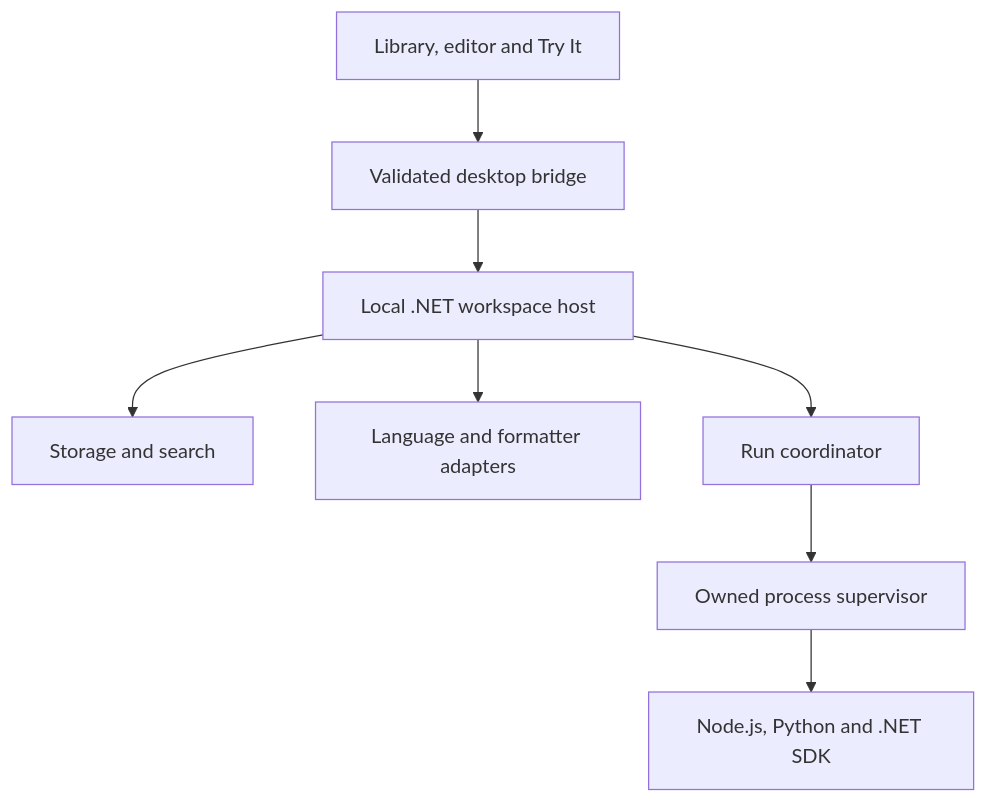
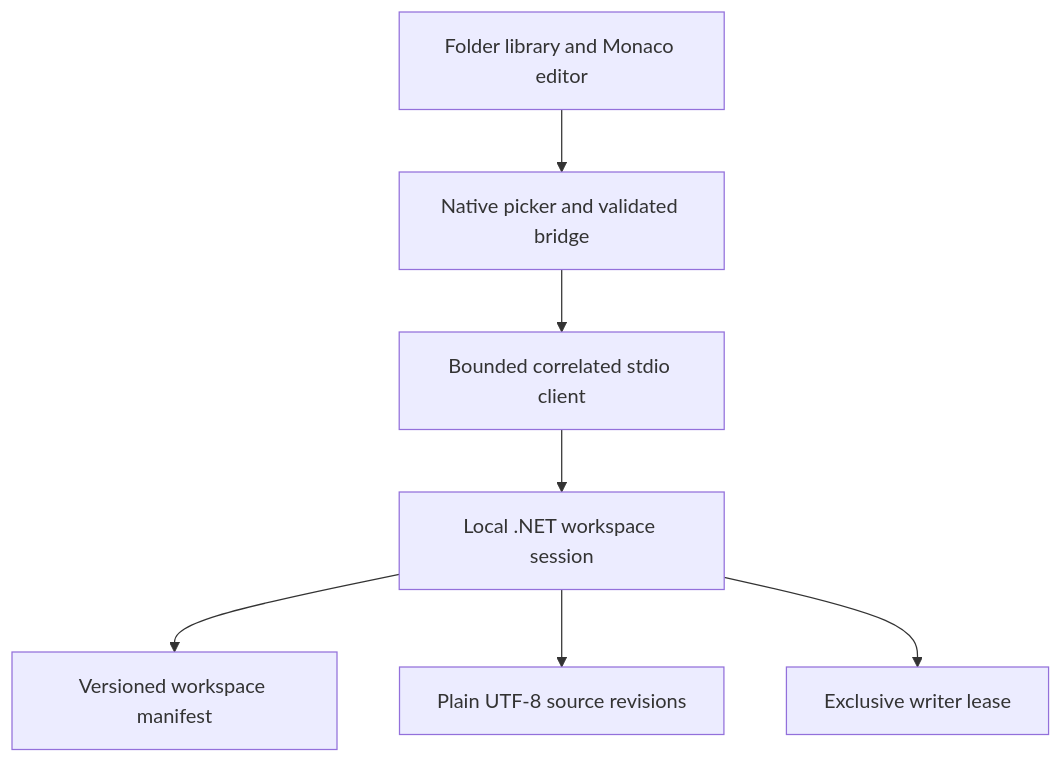
One commit to sunstriker2009/sun-astelvo changed the diagram in docs/architecture/OVERVIEW.md. Above: the diagram before and after it, drawn with Mermaid. The commit also changed other lines of this file and 31 other files, not shown here.

Commit message:
feat(workspace): add local script organizer and persistence

````diff
--- a/docs/architecture/OVERVIEW.md
+++ b/docs/architecture/OVERVIEW.md
@@ -7,10 +7,9 @@
 ```mermaid
 flowchart TD
-  UI["Library, editor and Try It"] --> Bridge["Validated desktop bridge"]
-  Bridge --> Host["Local .NET workspace host"]
-  Host --> Store["Storage and search"]
-  Host --> Language["Language and formatter adapters"]
-  Host --> Runs["Run coordinator"]
-  Runs --> Supervisor["Owned process supervisor"]
-  Supervisor --> Runtimes["Node.js, Python and .NET SDK"]
+  UI["Folder library and Monaco editor"] --> Bridge["Native picker and validated bridge"]
+  Bridge --> Client["Bounded correlated stdio client"]
+  Client --> Host["Local .NET workspace session"]
+  Host --> Manifest["Versioned workspace manifest"]
+  Host --> Sources["Plain UTF-8 source revisions"]
+  Host --> Lease["Exclusive writer lease"]
 ```
````
